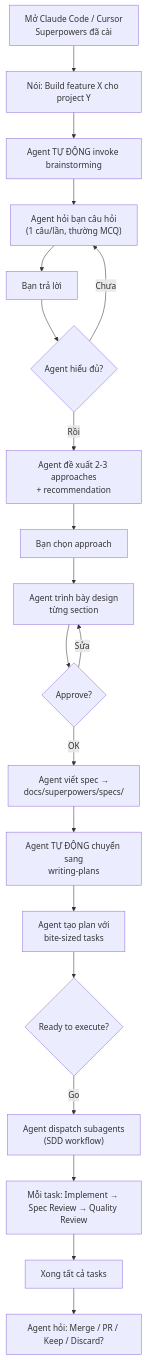
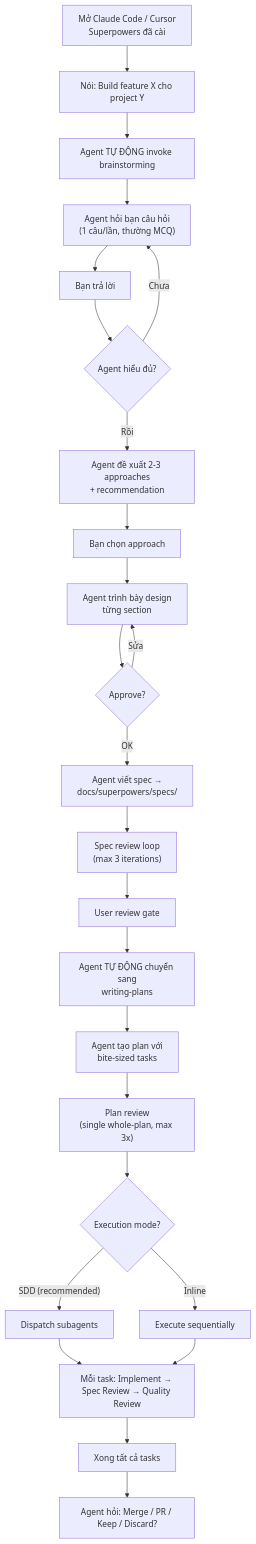
One commit to thientranhung/agentic-coding-lab changed the diagram in vn/superpowers/2. Playbook.md. Above: the diagram before and after it, drawn with Mermaid. The commit also changed other lines of this file and 14 other files, not shown here.

````diff
--- a/vn/superpowers/2. Playbook.md
+++ b/vn/superpowers/2. Playbook.md
@@ -81,22 +83,27 @@
 ```mermaid
 flowchart TD
-    A["Mở Claude Code / Cursor\nSuperpowers đã cài"] --> B["Nói: Build feature X cho project Y"]
+    A["Mở Claude Code / Cursor<br/>Superpowers đã cài"] --> B["Nói: Build feature X cho project Y"]
     B --> C["Agent TỰ ĐỘNG invoke brainstorming"]
-    C --> D["Agent hỏi bạn câu hỏi\n(1 câu/lần, thường MCQ)"]
+    C --> D["Agent hỏi bạn câu hỏi<br/>(1 câu/lần, thường MCQ)"]
     D --> E["Bạn trả lời"]
     E --> F{"Agent hiểu đủ?"}
     F -->|"Chưa"| D
-    F -->|"Rồi"| G["Agent đề xuất 2-3 approaches\n+ recommendation"]
+    F -->|"Rồi"| G["Agent đề xuất 2-3 approaches<br/>+ recommendation"]
     G --> H["Bạn chọn approach"]
-    H --> I["Agent trình bày design\ntừng section"]
+    H --> I["Agent trình bày design<br/>từng section"]
     I --> J{"Approve?"}
     J -->|"Sửa"| I
-    J -->|"OK"| K["Agent viết spec →\ndocs/superpowers/specs/"]
-    K --> L["Agent TỰ ĐỘNG chuyển sang\nwriting-plans"]
-    L --> M["Agent tạo plan với\nbite-sized tasks"]
-    M --> N{"Ready to execute?"}
-    N -->|"Go"| O["Agent dispatch subagents\n(SDD workflow)"]
+    J -->|"OK"| K["Agent viết spec →<br/>docs/superpowers/specs/"]
+    K --> SR["Spec review loop<br/>(max 3 iterations)"]
+    SR --> URG["User review gate"]
+    URG --> L["Agent TỰ ĐỘNG chuyển sang<br/>writing-plans"]
+    L --> M["Agent tạo plan với<br/>bite-sized tasks"]
+    M --> PR["Plan review<br/>(single whole-plan, max 3x)"]
+    PR --> N{"Execution mode?"}
+    N -->|"SDD (recommended)"| O["Dispatch subagents"]
+    N -->|"Inline"| O2["Execute sequentially"]
     O --> P["Mỗi task: Implement → Spec Review → Quality Review"]
+    O2 --> P
     P --> Q["Xong tất cả tasks"]
     Q --> R["Agent hỏi: Merge / PR / Keep / Discard?"]
 ```
````
